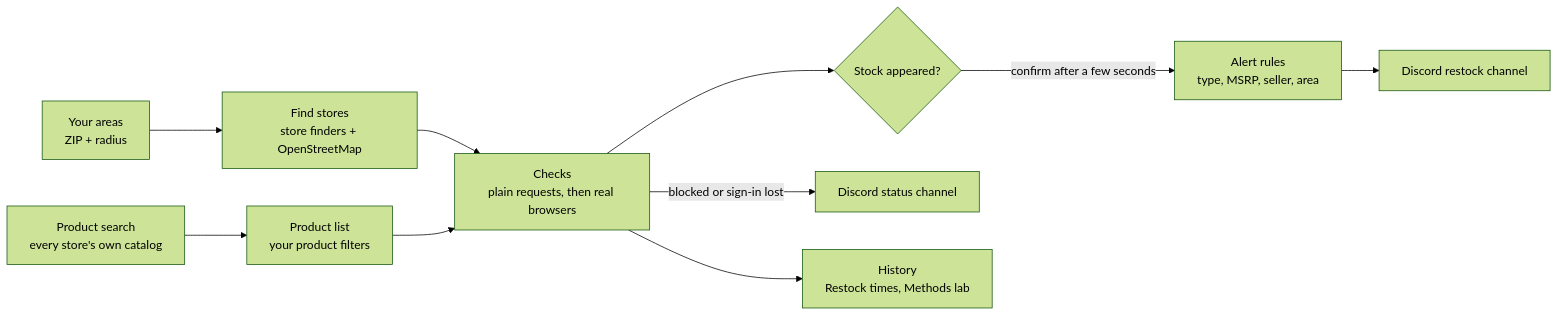
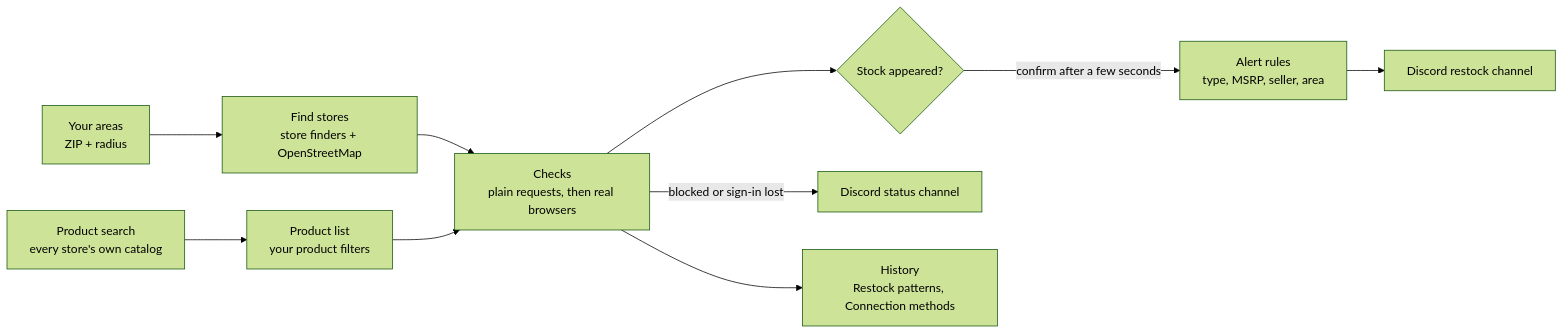
Before and after one commit to xgrindley/Searchemon: the diagram in README.md, drawn with Mermaid (forest theme). The commit also changed other lines of this file and 17 other files, not shown here.

````diff
--- a/README.md
+++ b/README.md
@@ -41,12 +43,12 @@
 ```mermaid
 flowchart LR
     A[Your areas<br/>ZIP + radius] --> B[Find stores<br/>store finders + OpenStreetMap]
     C[Product search<br/>every store's own catalog] --> D[Product list<br/>your product filters]
     B --> E[Checks<br/>plain requests, then real browsers]
     D --> E
     E --> F{Stock appeared?}
     F -->|confirm after a few seconds| G[Alert rules<br/>type, MSRP, seller, area]
     G --> H[Discord restock channel]
     E -->|blocked or sign-in lost| I[Discord status channel]
-    E --> J[History<br/>Restock times, Methods lab]
+    E --> J[History<br/>Restock patterns, Connection methods]
 ```
````
